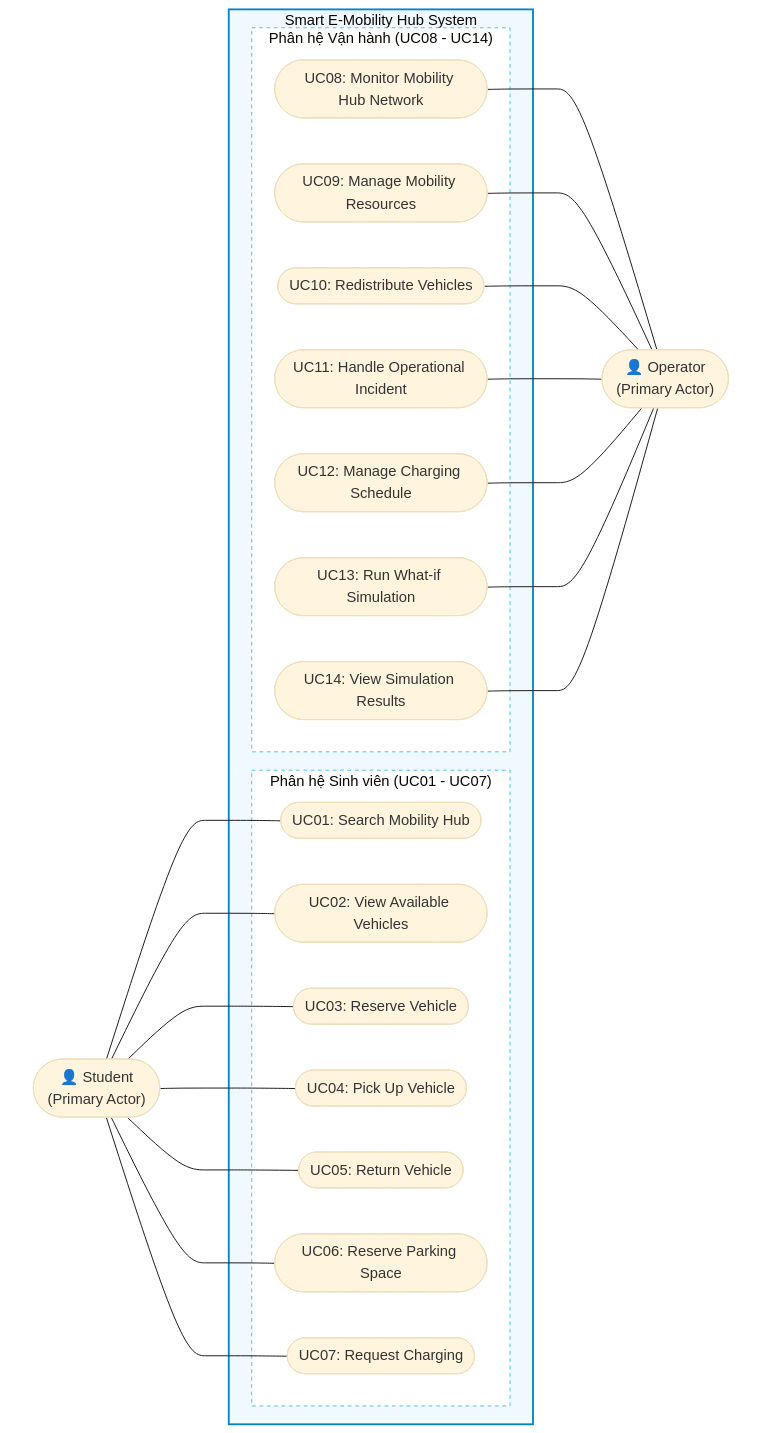
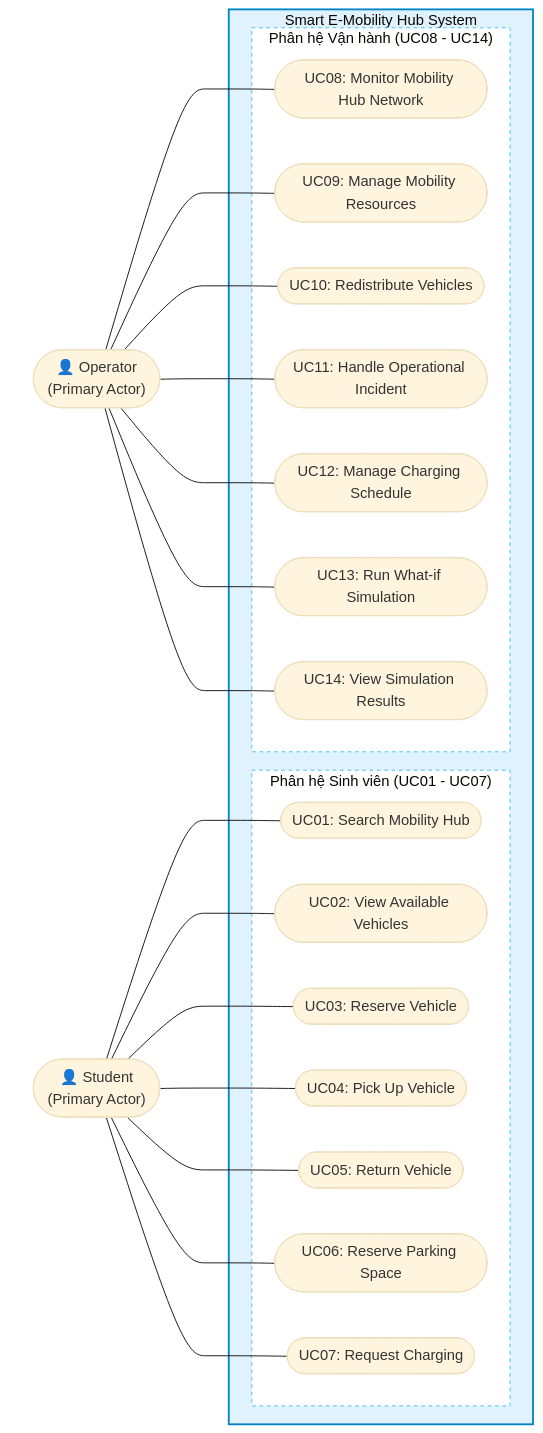
The diagram in SUBMISSION_1_REPORT.md (YdtTran/software-engineerning), drawn with Mermaid (base theme) before and after one commit. The commit also changed other lines of this file and 217 other files, not shown here.

````diff
--- a/SUBMISSION_1_REPORT.md
+++ b/SUBMISSION_1_REPORT.md
@@ -161,54 +161,50 @@
 ```mermaid
 flowchart LR
     subgraph LeftActors [" "]
         Student(["👤 Student\n(Primary Actor)"])
+        Operator(["👤 Operator\n(Primary Actor)"])
     end
 
     subgraph SystemBoundary ["Smart E-Mobility Hub System"]
         subgraph StudentModule ["Phân hệ Sinh viên (UC01 - UC07)"]
             UC01(["UC01: Search Mobility Hub"])
             UC02(["UC02: View Available Vehicles"])
             UC03(["UC03: Reserve Vehicle"])
             UC04(["UC04: Pick Up Vehicle"])
             UC05(["UC05: Return Vehicle"])
             UC06(["UC06: Reserve Parking Space"])
             UC07(["UC07: Request Charging"])
         end
 
         subgraph OperatorModule ["Phân hệ Vận hành (UC08 - UC14)"]
             UC08(["UC08: Monitor Mobility Hub Network"])
             UC09(["UC09: Manage Mobility Resources"])
             UC10(["UC10: Redistribute Vehicles"])
             UC11(["UC11: Handle Operational Incident"])
             UC12(["UC12: Manage Charging Schedule"])
             UC13(["UC13: Run What-if Simulation"])
             UC14(["UC14: View Simulation Results"])
         end
     end
 
-    subgraph RightActors [" "]
-        Operator(["👤 Operator\n(Primary Actor)"])
-    end
-
     Student --- UC01
     Student --- UC02
     Student --- UC03
     Student --- UC04
     Student --- UC05
     Student --- UC06
     Student --- UC07
 
-    UC08 --- Operator
-    UC09 --- Operator
-    UC10 --- Operator
-    UC11 --- Operator
-    UC12 --- Operator
-    UC13 --- Operator
-    UC14 --- Operator
+    Operator --- UC08
+    Operator --- UC09
+    Operator --- UC10
+    Operator --- UC11
+    Operator --- UC12
+    Operator --- UC13
+    Operator --- UC14
 
     style LeftActors fill:none,stroke:none
-    style RightActors fill:none,stroke:none
-    style SystemBoundary fill:#f0f9ff,stroke:#0284c7,stroke-width:2px
+    style SystemBoundary fill:#e0f2fe,stroke:#0284c7,stroke-width:2px
     style StudentModule fill:#ffffff,stroke:#38bdf8,stroke-dasharray: 4 4
     style OperatorModule fill:#ffffff,stroke:#38bdf8,stroke-dasharray: 4 4
 ```
````
